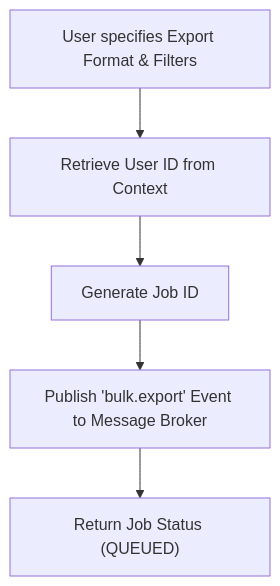
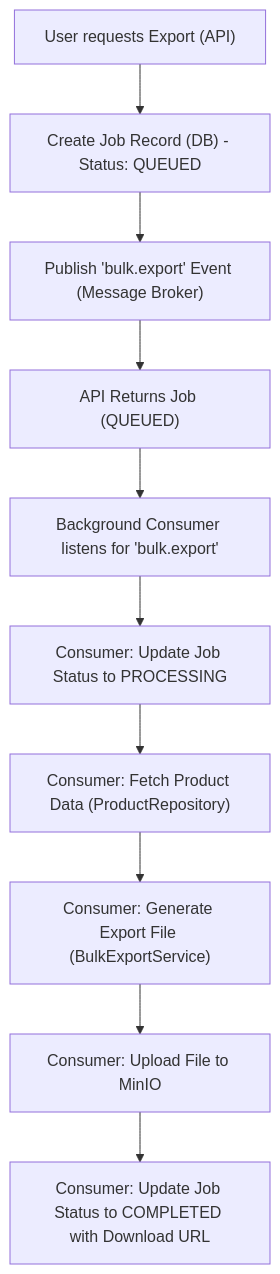
One commit to MuhibNayem/Quantify changed diagram 30 of 40 in backend/docs/business_logic_details.md. Above: the diagram before and after it, drawn with Mermaid. The commit also changed other lines of this file and 36 other files, not shown here.

````diff
--- a/backend/docs/business_logic_details.md
+++ b/backend/docs/business_logic_details.md
@@ -762,7 +782,12 @@
 ```mermaid
 graph TD
-    A["User specifies Export Format & Filters"] --> B["Retrieve User ID from Context"];
-    B --> C["Generate Job ID"];
-    C --> D["Publish 'bulk.export' Event to Message Broker"];
-    D --> E["Return Job Status (QUEUED)"];
+    A["User requests Export (API)"] --> B["Create Job Record (DB) - Status: QUEUED"];
+    B --> C["Publish 'bulk.export' Event (Message Broker)"];
+    C --> D["API Returns Job (QUEUED)"];
+    D --> E["Background Consumer listens for 'bulk.export'"];
+    E --> F["Consumer: Update Job Status to PROCESSING"];
+    F --> G["Consumer: Fetch Product Data (ProductRepository)"];
+    G --> H["Consumer: Generate Export File (BulkExportService)"];
+    H --> I["Consumer: Upload File to MinIO"];
+    I --> J["Consumer: Update Job Status to COMPLETED with Download URL"];
 ```
````
